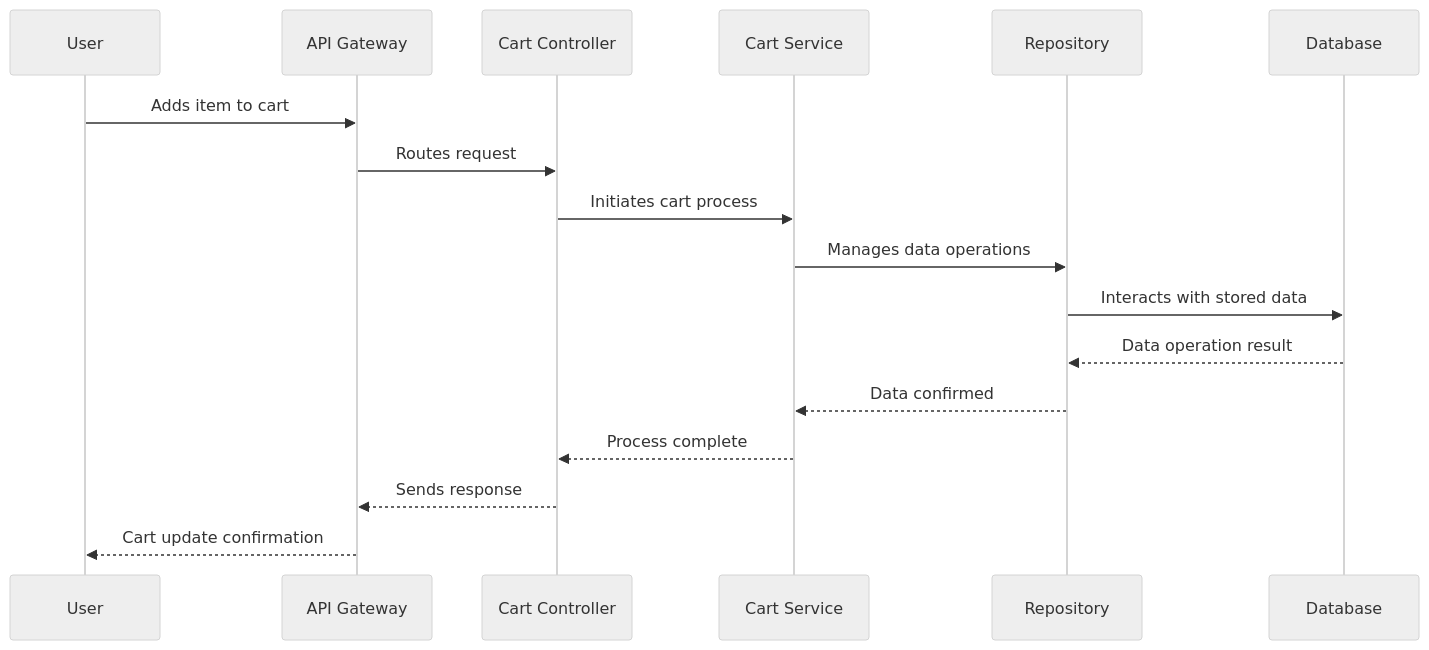
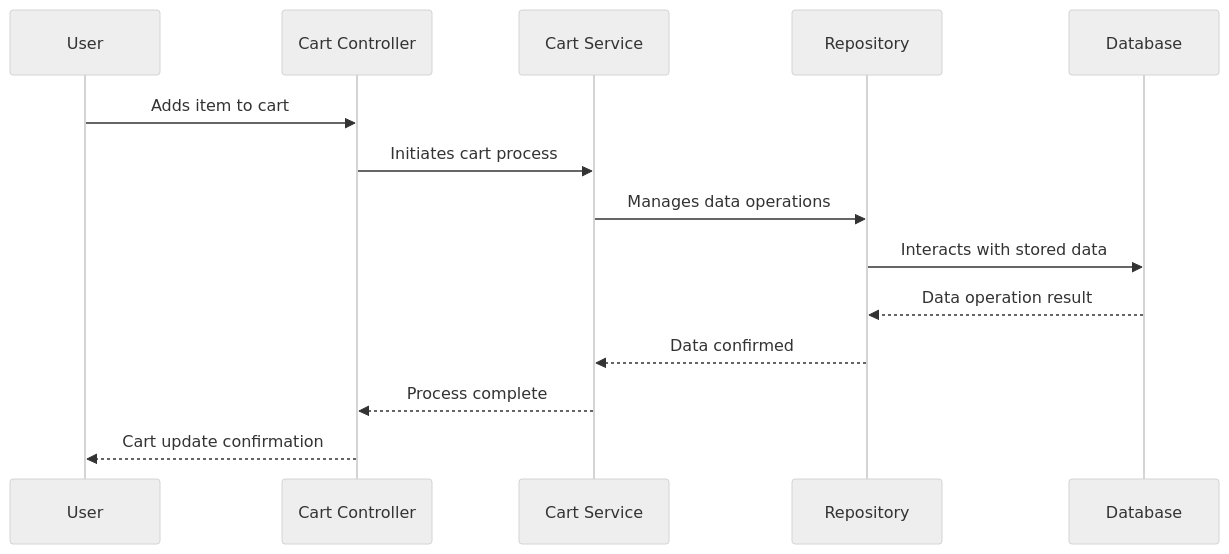
Before and after one commit to ACHYUTH-S-11/GenC-Repo1: the second of 2 diagrams in README.md, drawn with Mermaid (neutral theme). The commit also changed other lines of this file, not shown here.

Commit message:
Updated architecture diagrams

````diff
--- a/README.md
+++ b/README.md
@@ -63,20 +63,17 @@
 ```mermaid
 sequenceDiagram
     participant User
-    participant API Gateway
     participant Cart Controller
     participant Cart Service
     participant Repository
     participant Database
  
-    User->>API Gateway: Adds item to cart
-    API Gateway->>Cart Controller: Routes request
+    User->>Cart Controller: Adds item to cart
     Cart Controller->>Cart Service: Initiates cart process
     Cart Service->>Repository: Manages data operations
     Repository->>Database: Interacts with stored data
     Database-->>Repository: Data operation result
     Repository-->>Cart Service: Data confirmed
     Cart Service-->>Cart Controller: Process complete
-    Cart Controller-->>API Gateway: Sends response
-    API Gateway-->>User: Cart update confirmation
+    Cart Controller-->>User: Cart update confirmation 
 ```
````
